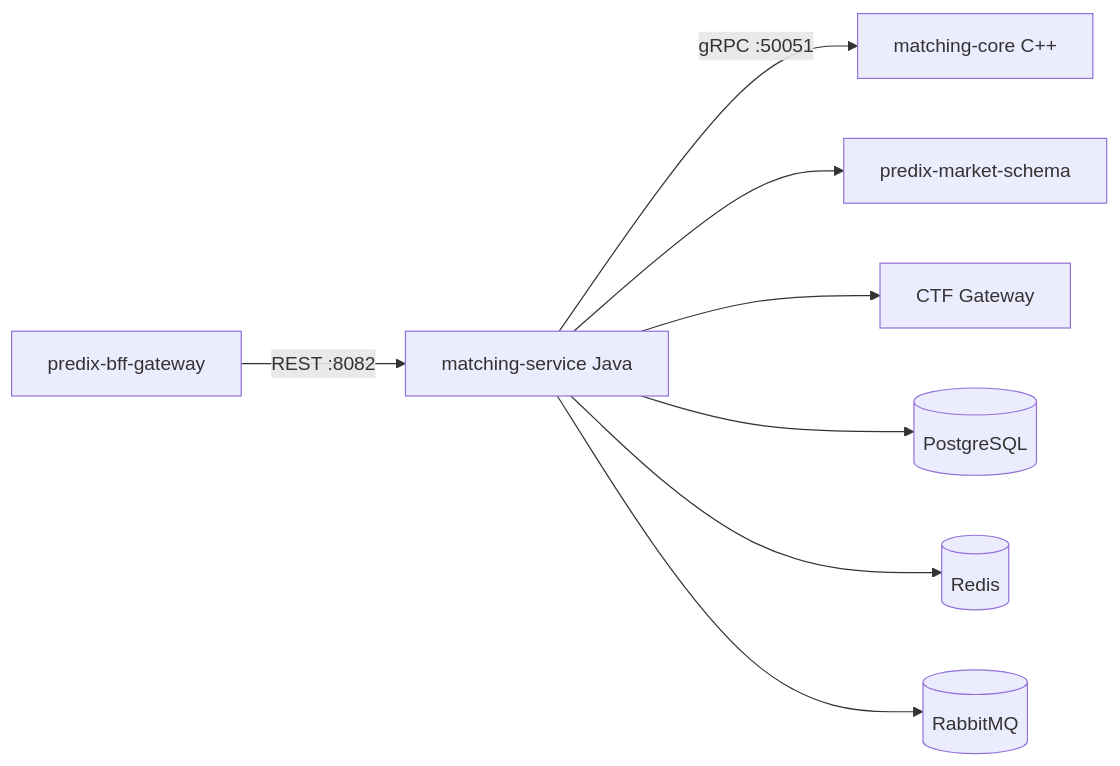
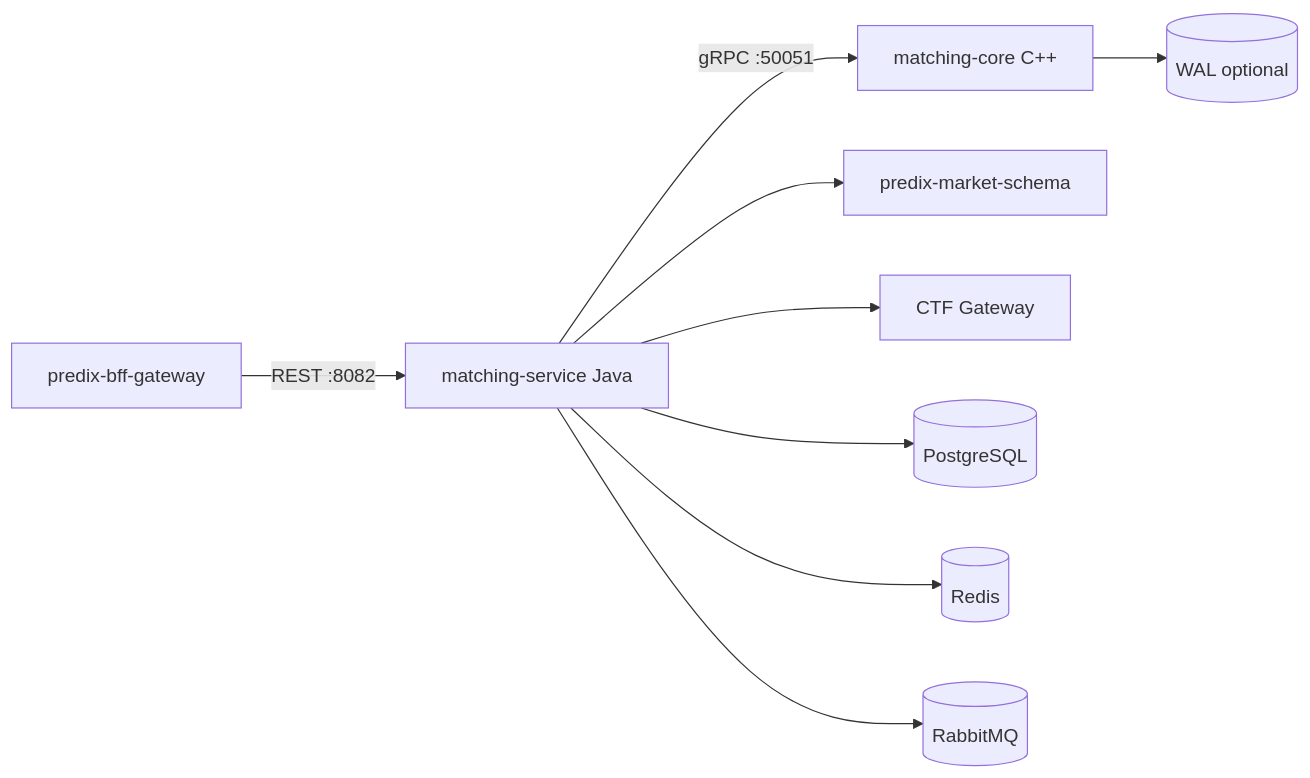
The first of 2 diagrams in docs/architecture.md (predix-sea/predix-matching-core), drawn with Mermaid before and after one commit. The commit also changed other lines of this file and 5 other files, not shown here.

````diff
--- a/docs/architecture.md
+++ b/docs/architecture.md
@@ -11,10 +13,11 @@
 ```mermaid
 flowchart LR
   BFF[predix-bff-gateway] -->|REST :8082| SVC[matching-service Java]
   SVC -->|gRPC :50051| CORE[matching-core C++]
   SVC --> MS[predix-market-schema]
   SVC --> CTF[CTF Gateway]
   SVC --> PG[(PostgreSQL)]
   SVC --> RD[(Redis)]
   SVC --> MQ[(RabbitMQ)]
+  CORE --> WAL[(WAL optional)]
 ```
````
